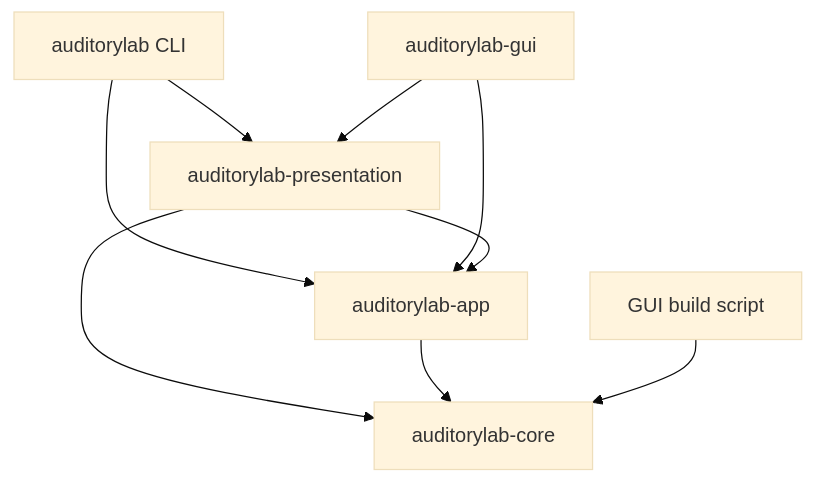
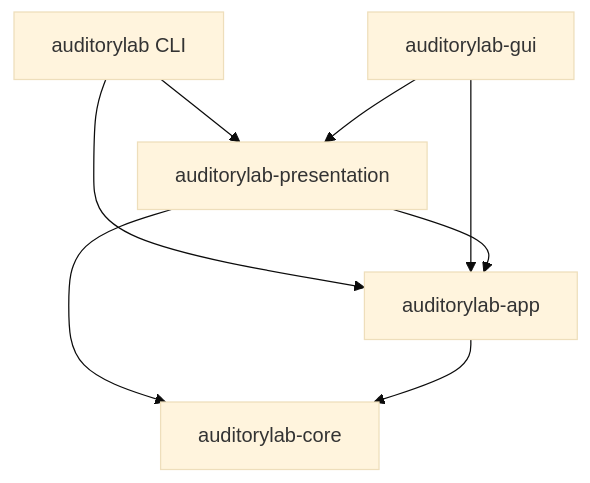
One commit to resoltico/AuditoryLab changed the diagram in docs/architecture.md. Above: the diagram before and after it, drawn with Mermaid (base theme). The commit also changed other lines of this file and 176 other files, not shown here.

````diff
--- a/docs/architecture.md
+++ b/docs/architecture.md
@@ -5,11 +5,10 @@
 ```mermaid
 flowchart TD
     CLI[auditorylab CLI] --> P[auditorylab-presentation]
     GUI[auditorylab-gui] --> P
     CLI --> APP[auditorylab-app]
     GUI --> APP
     P --> APP
     P --> CORE[auditorylab-core]
     APP --> CORE
-    BUILD[GUI build script] --> CORE
 ```
````
